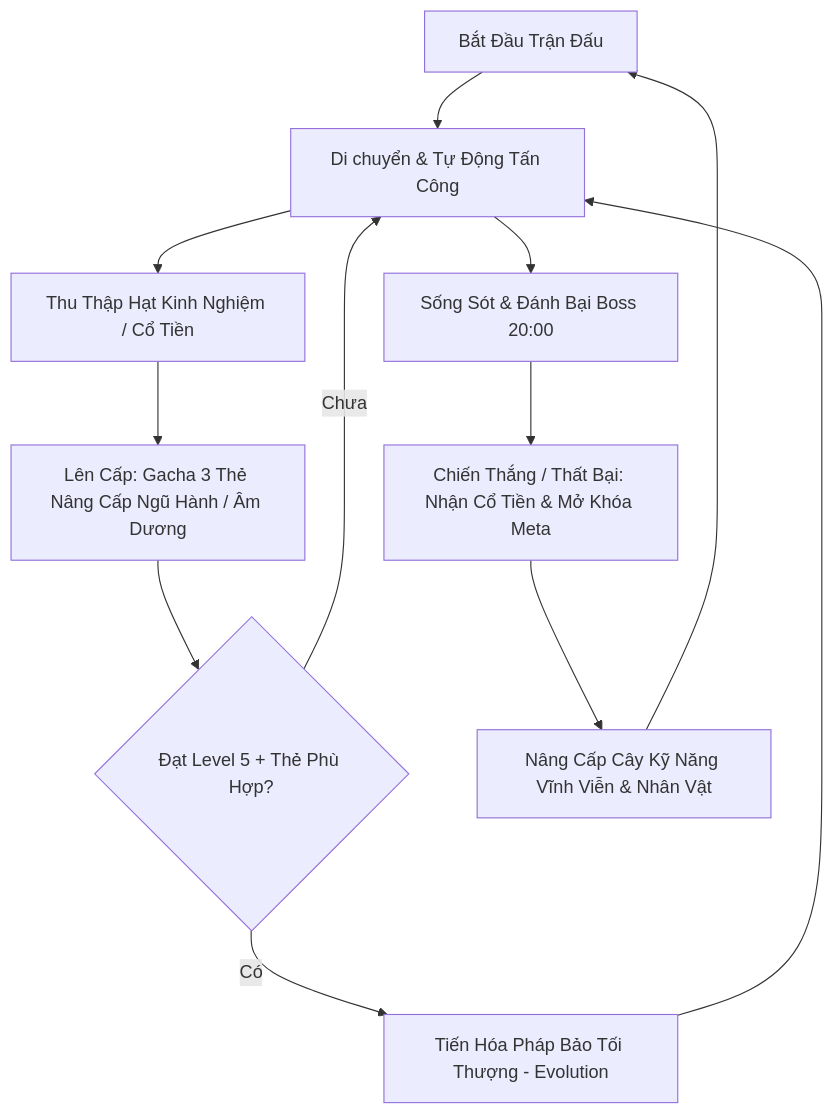
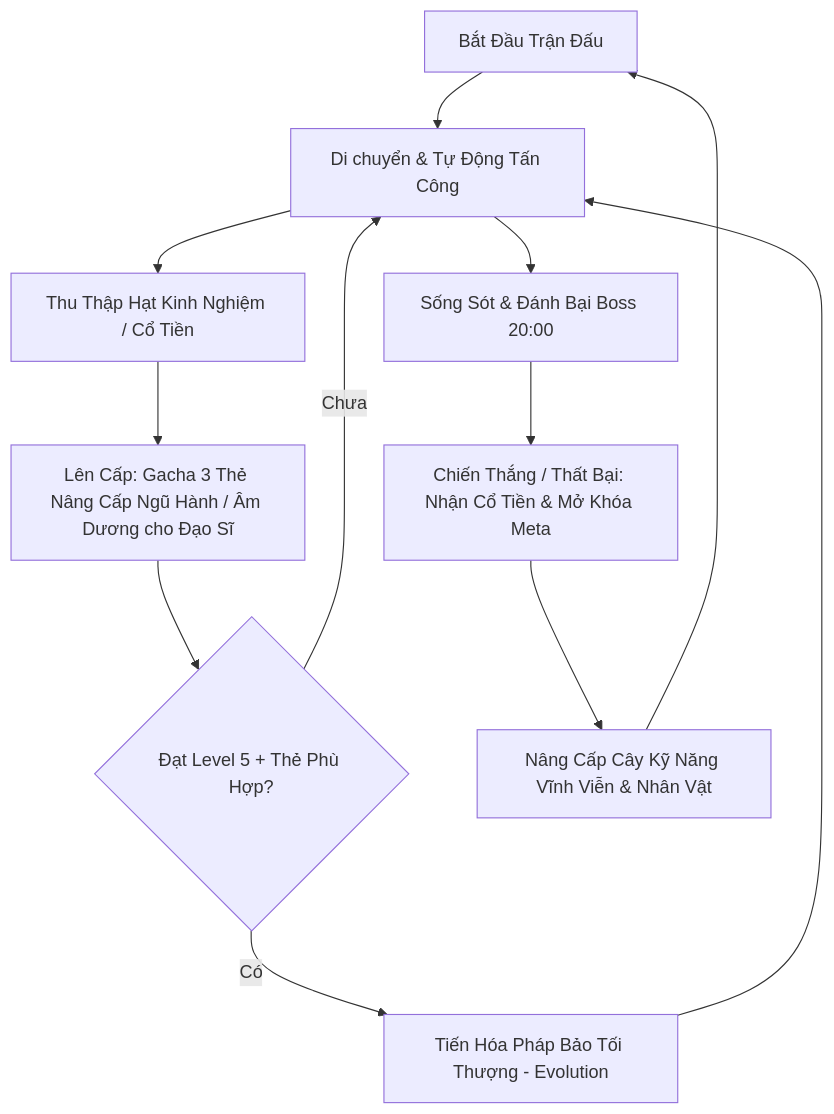
The diagram in README.md (thuongtran1210/Projectzombie), drawn with Mermaid before and after one commit. The commit also changed other lines of this file and 4 other files, not shown here.

````diff
--- a/README.md
+++ b/README.md
@@ -39,14 +39,14 @@
 ```mermaid
 graph TD
     A[Bắt Đầu Trận Đấu] --> B[Di chuyển & Tự Động Tấn Công]
     B --> C[Thu Thập Hạt Kinh Nghiệm / Cổ Tiền]
-    C --> D[Lên Cấp: Gacha 3 Thẻ Nâng Cấp Ngũ Hành / Âm Dương]
+    C --> D[Lên Cấp: Gacha 3 Thẻ Nâng Cấp Ngũ Hành / Âm Dương cho Đạo Sĩ]
     D --> E{Đạt Level 5 + Thẻ Phù Hợp?}
     E -- Có --> F[Tiến Hóa Pháp Bảo Tối Thượng - Evolution]
     E -- Chưa --> B
     F --> B
     B --> G[Sống Sót & Đánh Bại Boss 20:00]
     G --> H[Chiến Thắng / Thất Bại: Nhận Cổ Tiền & Mở Khóa Meta]
     H --> I[Nâng Cấp Cây Kỹ Năng Vĩnh Viễn & Nhân Vật]
     I --> A
 ```
````
